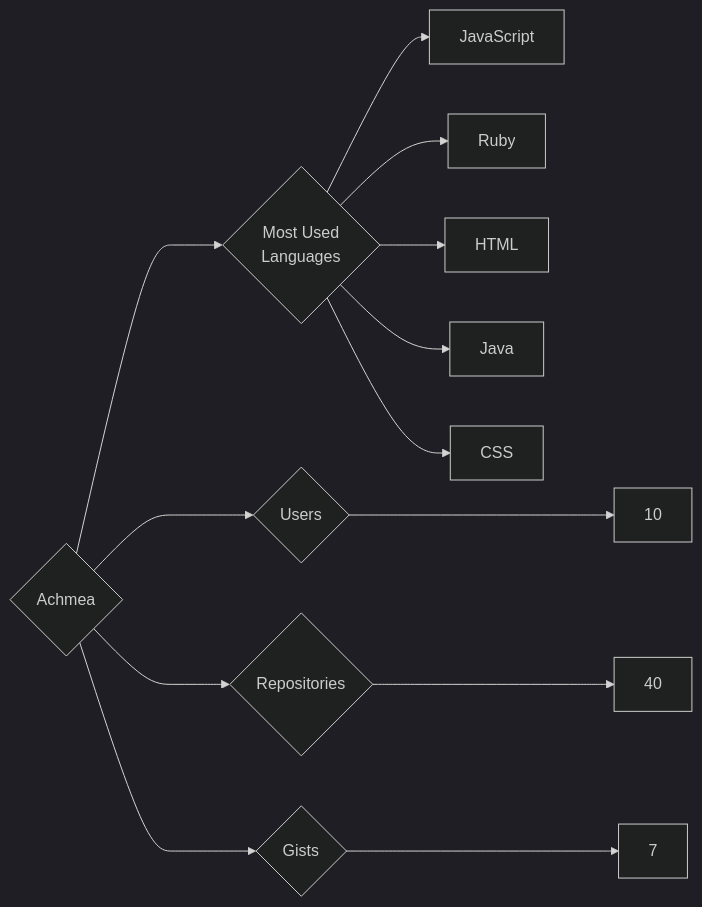
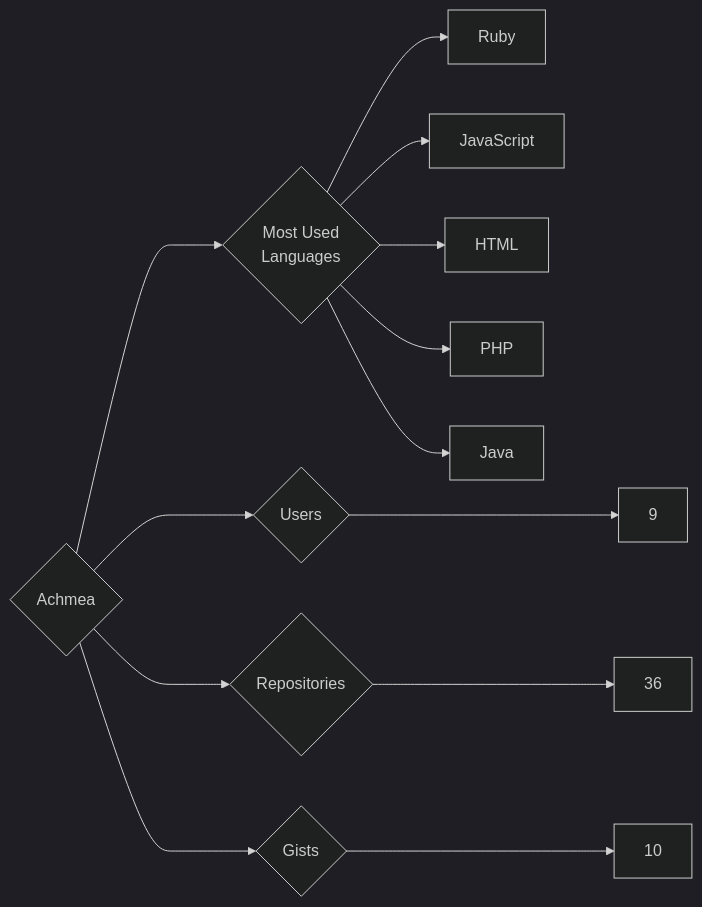
The diagram in targets/Achmea/README.md (trickest/insiders), drawn with Mermaid (dark theme) before and after one commit. The commit also changed 914 other files, not shown here.

````diff
--- a/targets/Achmea/README.md
+++ b/targets/Achmea/README.md
@@ -3,13 +3,13 @@
 ```mermaid
 graph LR
 COMPANY_NAME{Achmea}
-COMPANY_NAME ---> U{Users} ---> UN[10]
-COMPANY_NAME ---> R{Repositories} ---> RN[40]
-COMPANY_NAME ---> G{Gists} ---> GN[7]
+COMPANY_NAME ---> U{Users} ---> UN[9]
+COMPANY_NAME ---> R{Repositories} ---> RN[36]
+COMPANY_NAME ---> G{Gists} ---> GN[10]
 COMPANY_NAME ---> ML{Most Used<br>Languages}
+ML --> Ruby[Ruby]
 ML --> JavaScript[JavaScript]
-ML --> Ruby[Ruby]
 ML --> HTML[HTML]
+ML --> PHP[PHP]
 ML --> Java[Java]
-ML --> CSS[CSS]
 ```
````
